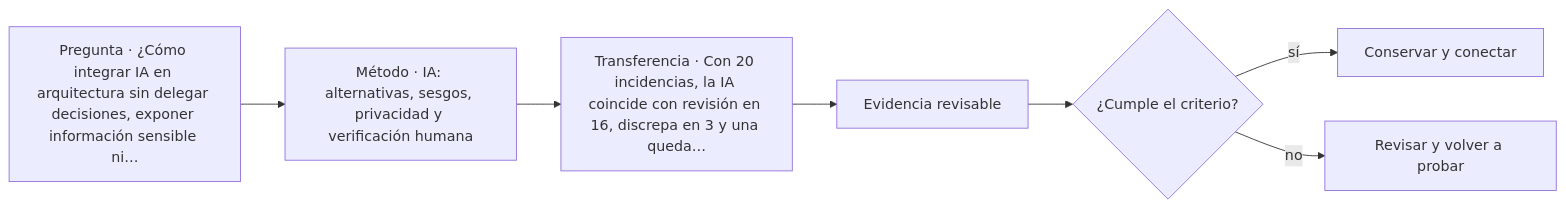
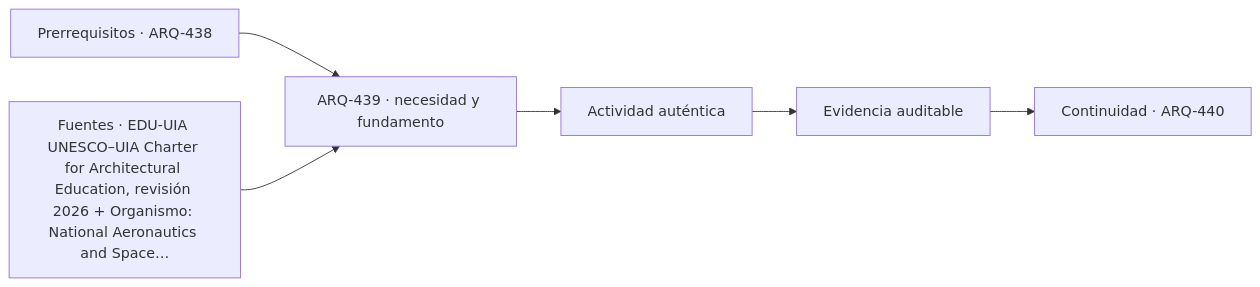
The diagram in classes/parte-44/ARQ-439.md (vladimiracunadev-create/architecture-built-environment-learning-program), drawn with Mermaid before and after one commit. The commit also changed other lines of this file and 761 other files, not shown here.

````diff
--- a/classes/parte-44/ARQ-439.md
+++ b/classes/parte-44/ARQ-439.md
@@ -75,9 +87,8 @@
 ```mermaid
 flowchart LR
-    Q["Pregunta · ¿Cómo integrar IA en arquitectura sin delegar decisiones, exponer información sensible ni…"] --> M["Método · IA: alternativas, sesgos, privacidad y verificación humana"]
-    M --> P["Transferencia · Con 20 incidencias, la IA coincide con revisión en 16, discrepa en 3 y una queda…"]
-    P --> E["Evidencia revisable"]
-    E --> C{"¿Cumple el criterio?"}
-    C -->|sí| T["Conservar y conectar"]
-    C -->|no| R["Revisar y volver a probar"]
+    A["Prerrequisitos · ARQ-438"] --> B["ARQ-439 · necesidad y fundamento"]
+    S["Fuentes · EDU-UIA UNESCO–UIA Charter for Architectural Education, revisión 2026 + Organismo: National Aeronautics and Space…"] --> B
+    B --> C["Actividad auténtica"]
+    C --> D["Evidencia auditable"]
+    D --> E["Continuidad · ARQ-440"]
 ```
````
